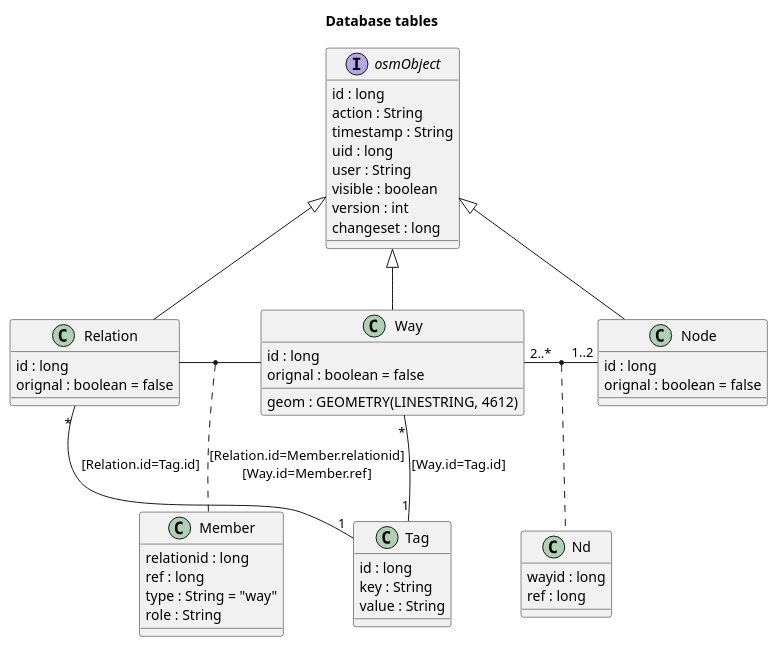
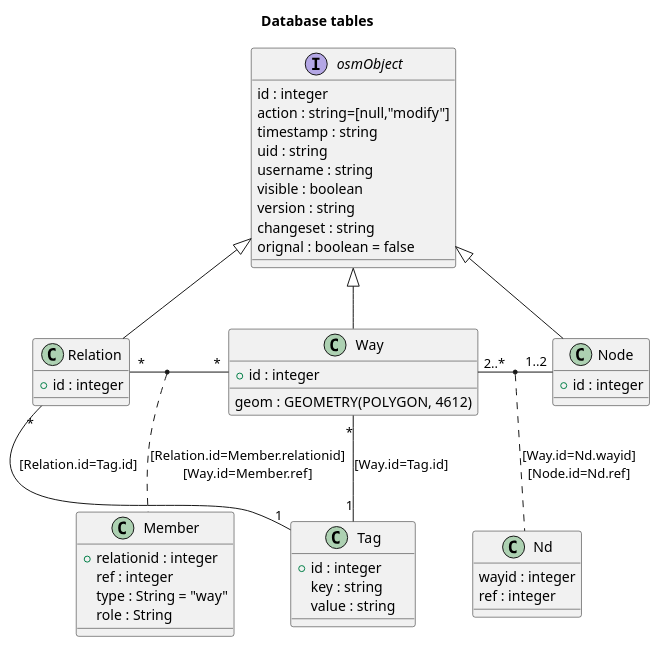
One commit to yuuhayashi/citygml-osm changed the diagram in doc/dbTables.pu. Above: the diagram before and after it, drawn with PlantUML. The commit also changed 8 other files, not shown here.

```diff
--- a/doc/dbTables.pu
+++ b/doc/dbTables.pu
@@ -1,61 +1,59 @@
 @startuml
 title Database tables
 
 interface osmObject {
- id : long
- action : String
- timestamp : String
- uid : long
- user : String
+ id : integer
+ action : string=[null,"modify"]
+ timestamp : string
+ uid : string
+ username : string
  visible : boolean
- version : int
- changeset : long
+ version : string
+ changeset : string
+ orignal : boolean = false
 }
 
 class Relation {
- id : long
- orignal : boolean = false
+ +id : integer
 }
 
 class Member {
- relationid : long
- ref : long
+ +relationid : integer
+ ref : integer
  type : String = "way"
  role : String
 }
 
 class Way {
- id : long
- orignal : boolean = false
- geom : GEOMETRY(LINESTRING, 4612)
+ +id : integer
+ geom : GEOMETRY(POLYGON, 4612)
 }
 
 class Nd {
- wayid : long
- ref : long
+ wayid : integer
+ ref : integer
 }
 
 class Node {
- id : long
- orignal : boolean = false
+ +id : integer
 }
 
 class Tag {
- id : long
- key : String
- value : String
+ +id : integer
+ key : string
+ value : string　
 }
 
 osmObject <|-- Relation
 osmObject <|-- Way
 osmObject <|-- Node
 
-Relation - Way
+Relation "*" - "*" Way
 (Relation, Way) .. Member : [Relation.id=Member.relationid]\n[Way.id=Member.ref] 
 
 Way "2..*" - "1..2" Node
-(Way, Node) .. Nd
+(Way, Node) .. Nd : [Way.id=Nd.wayid]\n[Node.id=Nd.ref]
 
 Relation "*" -- "1" Tag : [Relation.id=Tag.id]
 Way "*" -- "1" Tag : [Way.id=Tag.id]
 @enduml
```
